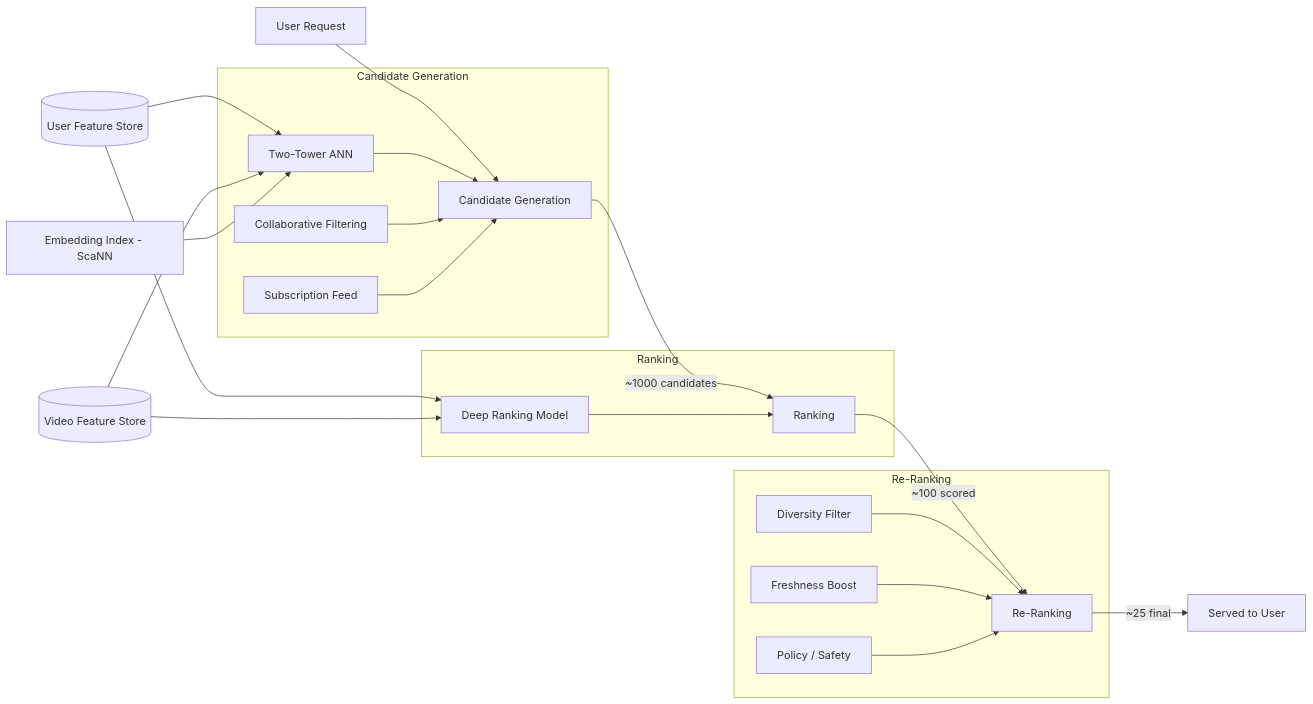
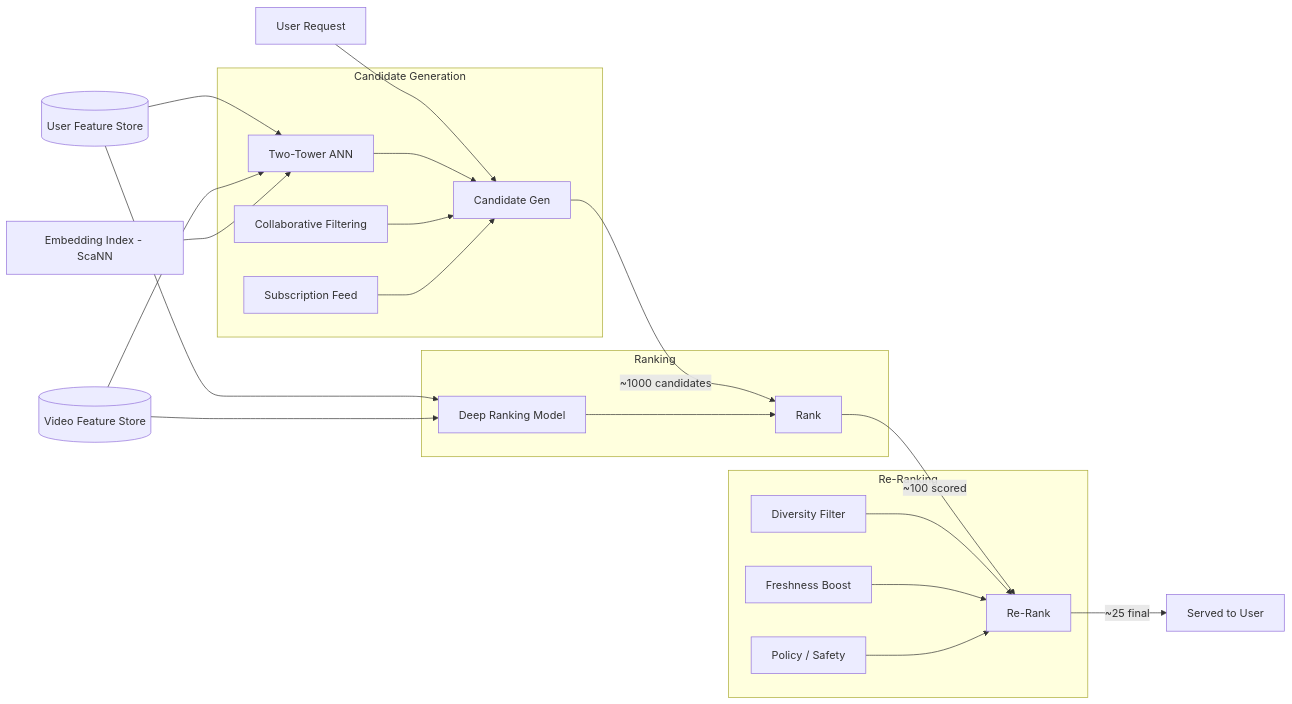
The sixth of 10 diagrams in content/17_ml_system_design.md (Hmago/ml4), drawn with Mermaid before and after one commit. The commit also changed other lines of this file and 1 other file, not shown here.

````diff
--- a/content/17_ml_system_design.md
+++ b/content/17_ml_system_design.md
@@ -1126,29 +1126,29 @@
 ```mermaid
 graph LR
-    A[User Request] --> B[Candidate Generation]
-    B -->|~1000 candidates| C[Ranking]
-    C -->|~100 scored| D[Re-Ranking]
+    A[User Request] --> B[Candidate Gen]
+    B -->|~1000 candidates| C[Rank]
+    C -->|~100 scored| D[Re-Rank]
     D -->|~25 final| E[Served to User]
 
-    subgraph Candidate Generation
+    subgraph CandGen["Candidate Generation"]
         B1[Two-Tower ANN] --> B
         B2[Collaborative Filtering] --> B
         B3[Subscription Feed] --> B
     end
 
-    subgraph Ranking
+    subgraph RankStage["Ranking"]
         C1[Deep Ranking Model] --> C
     end
 
-    subgraph Re-Ranking
+    subgraph ReRankStage["Re-Ranking"]
         D1[Diversity Filter] --> D
         D2[Freshness Boost] --> D
         D3[Policy / Safety] --> D
     end
 
     F[(User Feature Store)] --> B1
     F --> C1
     G[(Video Feature Store)] --> B1
     G --> C1
     H[Embedding Index - ScaNN] --> B1
 ```
````
